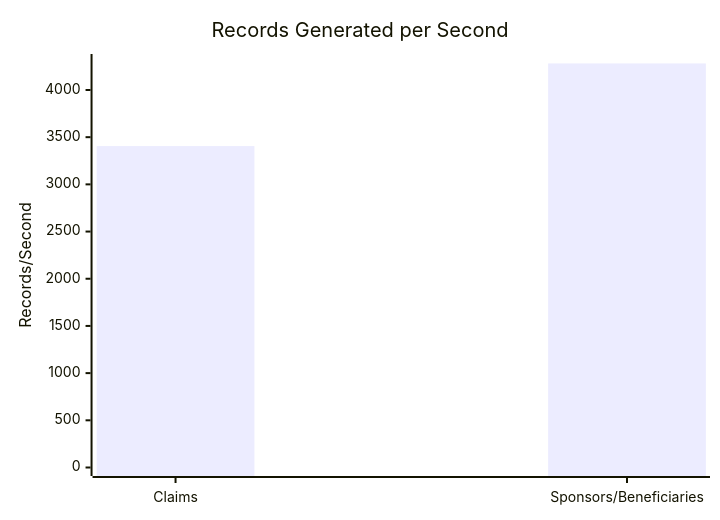
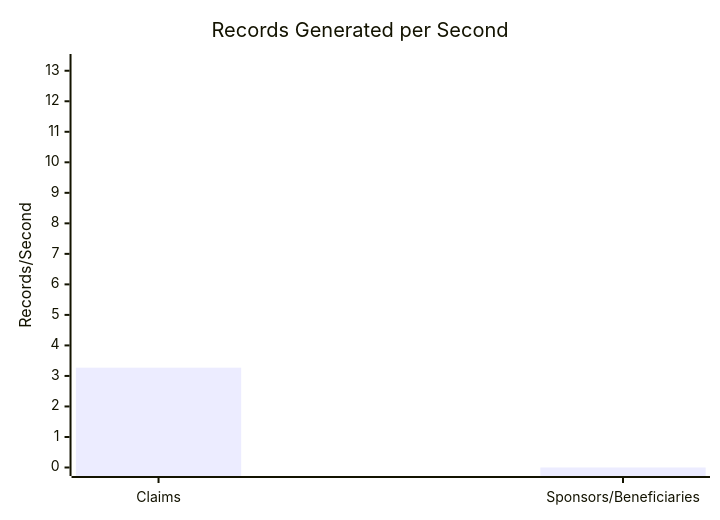
Before and after one commit to dhagan-va/intern-2025: the first of 11 diagrams in test-tools/DataGen/src/Statistics_Visualizer.md, drawn with Mermaid. The commit also changed other lines of this file and 1 other file, not shown here.

````diff
--- a/test-tools/DataGen/src/Statistics_Visualizer.md
+++ b/test-tools/DataGen/src/Statistics_Visualizer.md
@@ -18,7 +18,7 @@
 ```mermaid
 xychart-beta
     title "Records Generated per Second"
     x-axis ["Claims", "Sponsors/Beneficiaries"]
-    y-axis "Records/Second" 0 --> 4291.22508290699
-    bar [3405.5827444233732, 4281.22508290699]
+    y-axis "Records/Second" 0 --> 13.270109045056216
+    bar [3.2701090450562162, 0.0]
 ```
````
